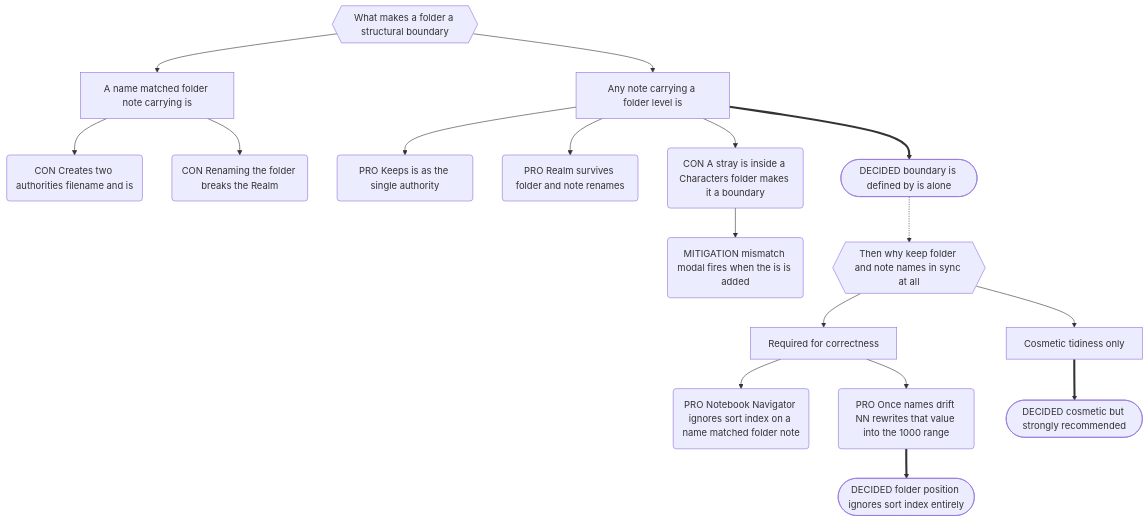
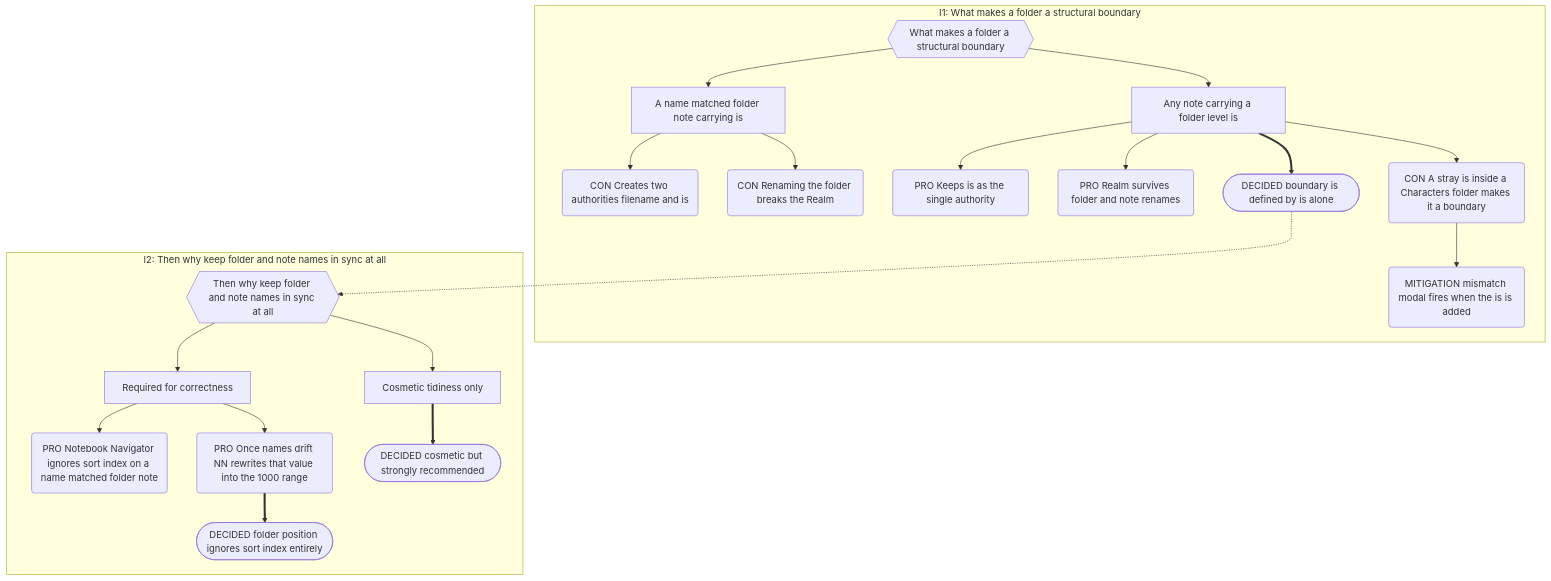
Before and after one commit to mlao-pdx/obsidian-plugin: the diagram in docs/spec/04-structural-boundaries.md, drawn with Mermaid. The commit also changed other lines of this file and 10 other files, not shown here.

````diff
--- a/docs/spec/04-structural-boundaries.md
+++ b/docs/spec/04-structural-boundaries.md
@@ -101,36 +103,40 @@
 ```mermaid
 flowchart TD
-    I1{{What makes a folder a structural boundary}}
-    P1[A name matched folder note carrying is]
-    P2[Any note carrying a folder level is]
-    I1 --> P1
-    I1 --> P2
-    C1(CON Creates two authorities filename and is)
-    C2(CON Renaming the folder breaks the Realm)
-    P1 --> C1
-    P1 --> C2
-    A1(PRO Keeps is as the single authority)
-    A2(PRO Realm survives folder and note renames)
-    C3(CON A stray is inside a Characters folder makes it a boundary)
-    P2 --> A1
-    P2 --> A2
-    P2 --> C3
-    D1([DECIDED boundary is defined by is alone])
-    P2 ==> D1
-    M1(MITIGATION mismatch modal fires when the is is added)
-    C3 --> M1
+    subgraph S1["I1: What makes a folder a structural boundary"]
+        I1{{What makes a folder a structural boundary}}
+        P1[A name matched folder note carrying is]
+        P2[Any note carrying a folder level is]
+        I1 --> P1
+        I1 --> P2
+        C1(CON Creates two authorities filename and is)
+        C2(CON Renaming the folder breaks the Realm)
+        P1 --> C1
+        P1 --> C2
+        A1(PRO Keeps is as the single authority)
+        A2(PRO Realm survives folder and note renames)
+        C3(CON A stray is inside a Characters folder makes it a boundary)
+        P2 --> A1
+        P2 --> A2
+        P2 --> C3
+        D1([DECIDED boundary is defined by is alone])
+        P2 ==> D1
+        M1(MITIGATION mismatch modal fires when the is is added)
+        C3 --> M1
+    end
     D1 -.-> I2
-    I2{{Then why keep folder and note names in sync at all}}
-    P3[Cosmetic tidiness only]
-    P4[Required for correctness]
-    I2 --> P3
-    I2 --> P4
-    A3(PRO Notebook Navigator ignores sort index on a name matched folder note)
-    A4(PRO Once names drift NN rewrites that value into the 1000 range)
-    P4 --> A3
-    P4 --> A4
-    D2([DECIDED cosmetic but strongly recommended])
-    P3 ==> D2
-    D3([DECIDED folder position ignores sort index entirely])
-    A4 ==> D3
+    subgraph S2["I2: Then why keep folder and note names in sync at all"]
+        I2{{Then why keep folder and note names in sync at all}}
+        P2a[Cosmetic tidiness only]
+        P2b[Required for correctness]
+        I2 --> P2a
+        I2 --> P2b
+        A2a(PRO Notebook Navigator ignores sort index on a name matched folder note)
+        A2b(PRO Once names drift NN rewrites that value into the 1000 range)
+        P2b --> A2a
+        P2b --> A2b
+        D2a([DECIDED cosmetic but strongly recommended])
+        P2a ==> D2a
+        D2b([DECIDED folder position ignores sort index entirely])
+        A2b ==> D2b
+    end
 ```
````
